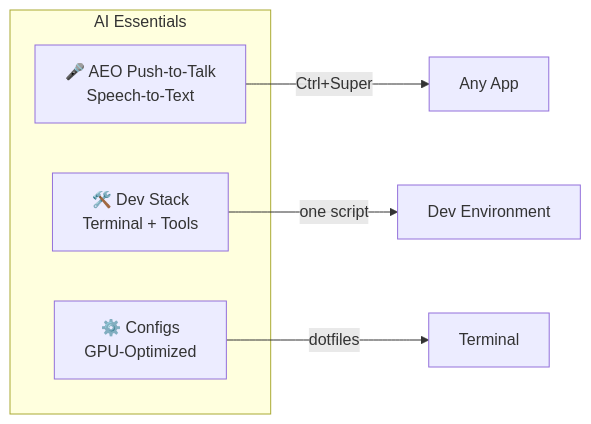
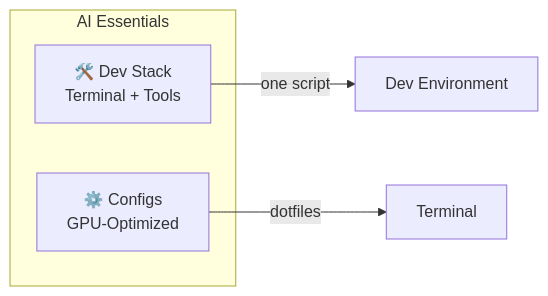
The first of 2 diagrams in README.md (AeyeOps/ai-essentials), drawn with Mermaid before and after one commit. The commit also changed other lines of this file and 36 other files, not shown here.

First line of the commit message:
refactor: migrate stt-service to standalone aeo-ptt-tts repo

````diff
--- a/README.md
+++ b/README.md
@@ -7,12 +7,10 @@
 ```mermaid
 graph LR
     subgraph "AI Essentials"
-        STT["🎤 AEO Push-to-Talk<br/>Speech-to-Text"]
         DEV["🛠️ Dev Stack<br/>Terminal + Tools"]
         CFG["⚙️ Configs<br/>GPU-Optimized"]
     end
 
-    STT --> |"Ctrl+Super"| APP["Any App"]
     DEV --> |"one script"| ENV["Dev Environment"]
     CFG --> |"dotfiles"| TERM["Terminal"]
 ```
````
